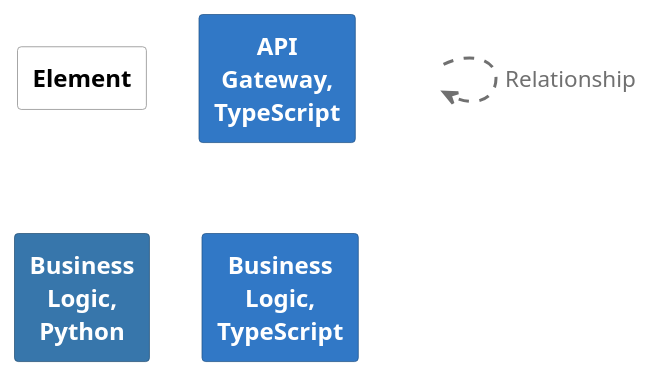
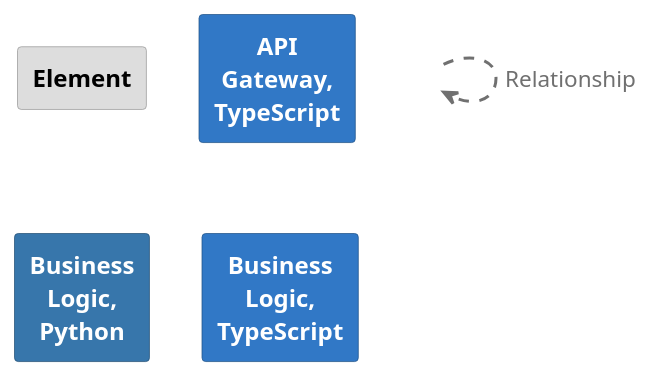
One commit to chrislyons-dev/bond-math changed the diagram in docs/architecture/diagrams/structurizr-Deployment_production-key.puml. Above: the diagram before and after it, drawn with PlantUML. The commit also changed 65 other files, not shown here.

```diff
--- a/docs/architecture/diagrams/structurizr-Deployment_production-key.puml
+++ b/docs/architecture/diagrams/structurizr-Deployment_production-key.puml
@@ -1,51 +1,51 @@
 @startuml
 set separator none
 
 skinparam {
   shadowing false
   arrowFontSize 15
   defaultTextAlignment center
   wrapWidth 100
   maxMessageSize 100
 }
 hide stereotype
 
 skinparam rectangle<<_transparent>> {
   BorderColor transparent
   BackgroundColor transparent
   FontColor transparent
 }
 
 skinparam rectangle<<1>> {
-  BackgroundColor #ffffff
+  BackgroundColor #dddddd
   FontColor #000000
-  BorderColor #888888
+  BorderColor #9a9a9a
 }
 rectangle "==Element" <<1>>
 
 skinparam rectangle<<2>> {
   BackgroundColor #3178c6
   FontColor #ffffff
   BorderColor #22548a
 }
 rectangle "==API Gateway, TypeScript" <<2>>
 
 skinparam rectangle<<3>> {
   BackgroundColor #3776ab
   FontColor #ffffff
   BorderColor #265277
 }
 rectangle "==Business Logic, Python" <<3>>
 
 skinparam rectangle<<4>> {
   BackgroundColor #3178c6
   FontColor #ffffff
   BorderColor #22548a
 }
 rectangle "==Business Logic, TypeScript" <<4>>
 
 rectangle "." <<_transparent>> as 5
 5 .[#707070,thickness=2].> 5 : "<color:#707070>Relationship"
 
 
 @enduml
```
